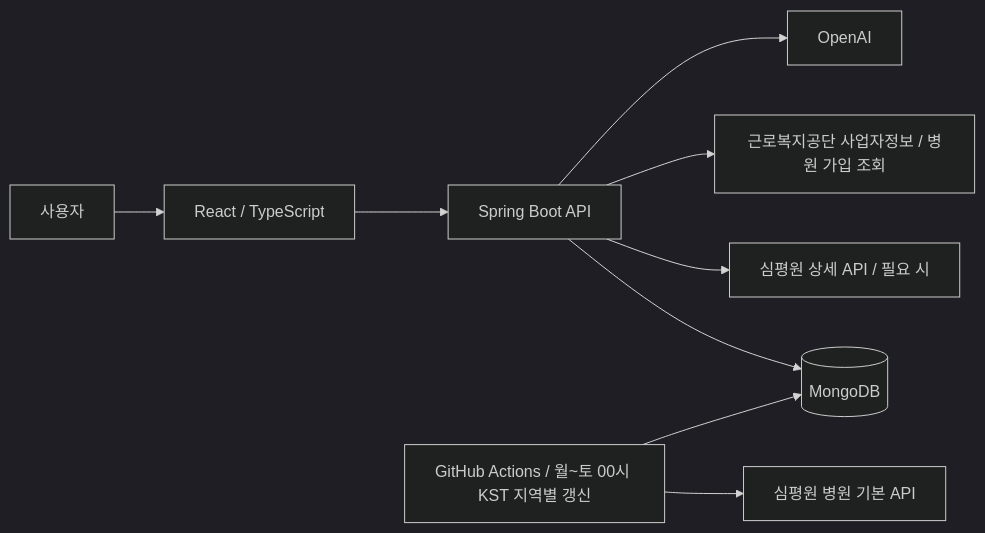
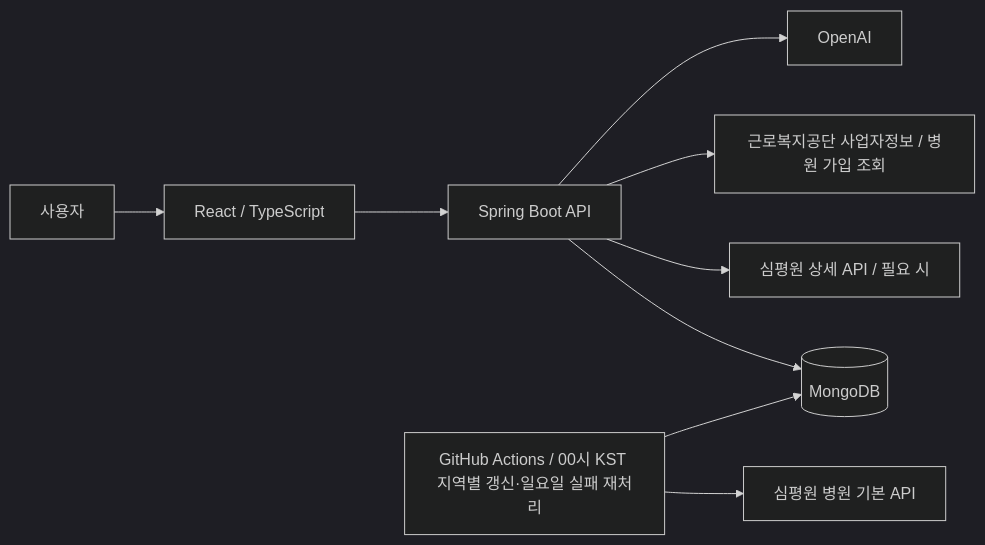
One commit to DavidPark04/hospital-reservation changed the diagram in README.md. Above: the diagram before and after it, drawn with Mermaid (dark theme). The commit also changed other lines of this file and 19 other files, not shown here.

````diff
--- a/README.md
+++ b/README.md
@@ -75,11 +76,11 @@
 ```mermaid
 flowchart LR
     User[사용자] --> FE[React / TypeScript]
     FE --> BE[Spring Boot API]
     BE --> DB[(MongoDB)]
     BE --> Detail[심평원 상세 API / 필요 시]
     BE --> Business[근로복지공단 사업자정보 / 병원 가입 조회]
-    Sync[GitHub Actions / 월~토 00시 KST 지역별 갱신] --> Basic[심평원 병원 기본 API]
+    Sync[GitHub Actions / 00시 KST 지역별 갱신·일요일 실패 재처리] --> Basic[심평원 병원 기본 API]
     Sync --> DB
     BE --> AI[OpenAI]
 ```
````
